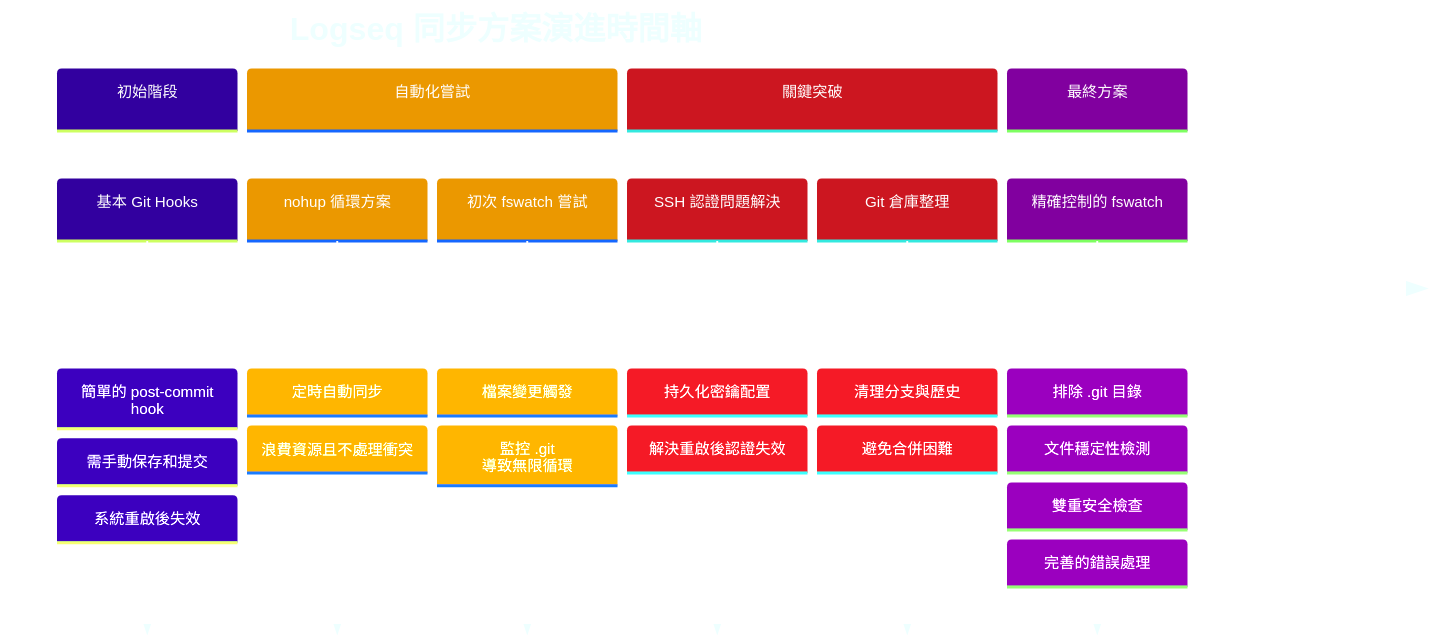
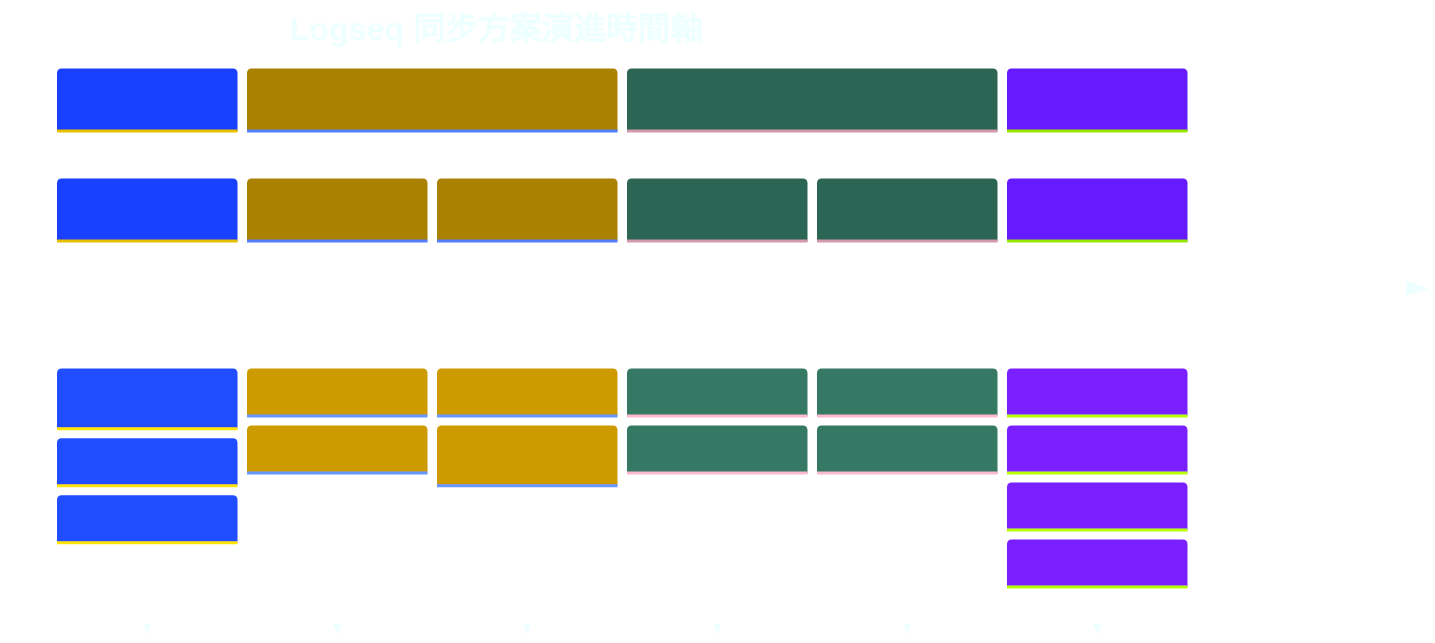
One commit to GengGeng026/Sync-Logseq changed the first of 2 diagrams in Logseq同步方案演進記錄.md. Above: the diagram before and after it, drawn with Mermaid.

Commit message:
Auto-sync: Wed Mar 26 09:37:04 +08 2025

````diff
--- a/Logseq同步方案演進記錄.md
+++ b/Logseq同步方案演進記錄.md
@@ -24,41 +24,43 @@
 ```mermaid
 %%{init: {
   'theme': 'base', 
   'themeVariables': {
-    'primaryColor': '#651FFF',
-    'primaryTextColor': '#FFFFFF',
+    'primaryColor': '#99AAFF',
+    'secondaryColor': '#FFCB2B',
+    'tertiaryColor': '#59B79A',
+    'primaryTextColor': 'transparent',
     'primaryBorderColor': '#59B79A',
-    'lineColor': '#C792EA',
-    'secondaryColor': '#FFCB6B',
-    'tertiaryColor': '#F07178',
     'background': 'transparent',
     'textColor': '#EEFFFF',
-    'mainBkg': '#273747',
     'nodeBorder': '#59B79A',
     'clusterBkg': 'transparent',
-    'edgeLabelBackground': '#21252B'
+    'titleColor': '#EEFFFF',
+    'sectionBkgColor': '#273747',
+    'sectionBkgColor2': '#334455',
+    'sectionBkgColor3': '#3A4A5A',
+    'sectionBkgColor4': '#42546A',
+    'sectionBkgColor5': '#4B5E78'
   }
 }}%%
-
 timeline
     title Logseq 同步方案演進時間軸
     section 初始階段
         基本 Git Hooks : 簡單的 post-commit hook
         : 需手動保存和提交
         : 系統重啟後失效
     section 自動化嘗試
         nohup 循環方案 : 定時自動同步
         : 浪費資源且不處理衝突
         初次 fswatch 嘗試 : 檔案變更觸發
         : 監控 .git 導致無限循環
     section 關鍵突破
         SSH 認證問題解決 : 持久化密鑰配置
         : 解決重啟後認證失效
         Git 倉庫整理 : 清理分支與歷史
         : 避免合併困難
     section 最終方案
         精確控制的 fswatch : 排除 .git 目錄
         : 文件穩定性檢測
         : 雙重安全檢查
         : 完善的錯誤處理
 ```
````
